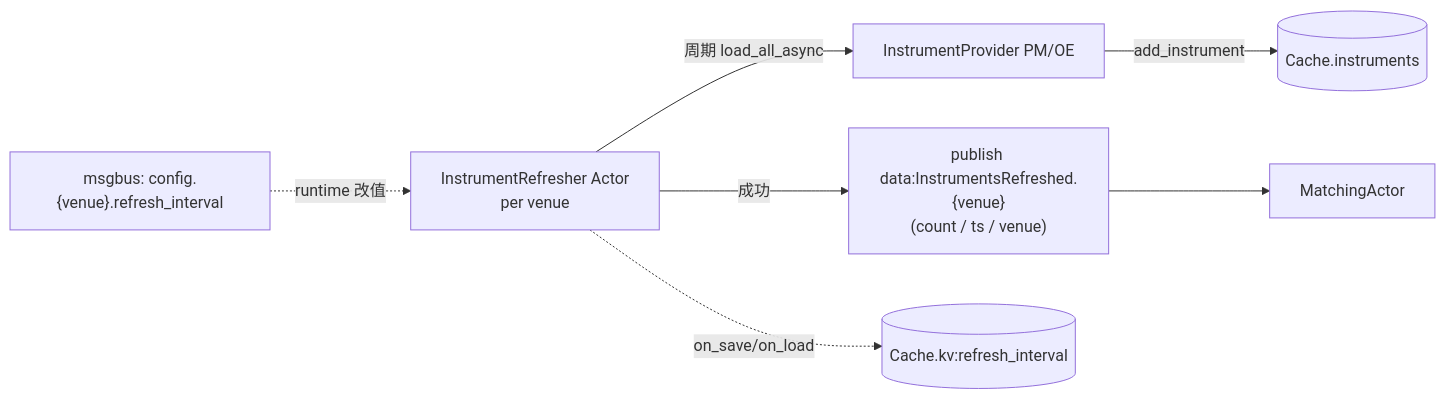
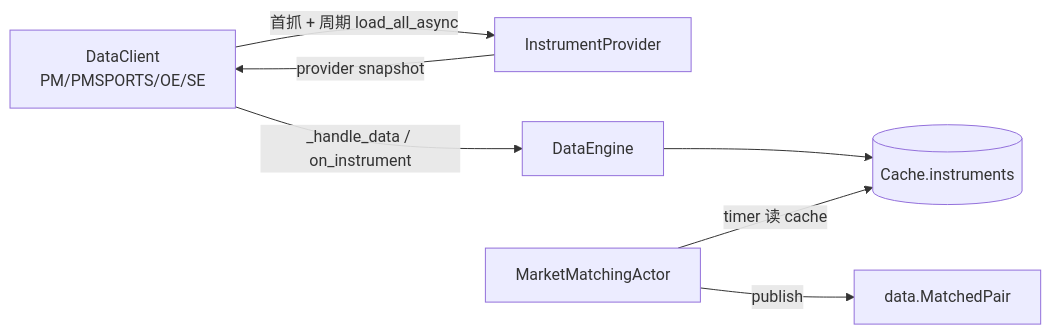
The first of 2 diagrams in docs/arbitrage/architectures/discovery/architecture.md (psnewer/nautilus_trader), drawn with Mermaid before and after one commit. The commit also changed other lines of this file and 58 other files, not shown here.

````diff
--- a/docs/arbitrage/architectures/discovery/architecture.md
+++ b/docs/arbitrage/architectures/discovery/architecture.md
@@ -32,9 +32,9 @@
 ```mermaid
 flowchart LR
-  R[InstrumentRefresher Actor<br/>per venue] -->|周期 load_all_async| P[InstrumentProvider PM/OE]
-  P -->|add_instrument| C[(Cache.instruments)]
-  R -->|成功| EV["publish data:InstrumentsRefreshed.{venue}<br/>(count / ts / venue)"]
-  EV --> M[MatchingActor]
-  CFG["msgbus: config.{venue}.refresh_interval"] -.runtime 改值.-> R
-  R -.on_save/on_load.-> CDB[(Cache.kv:refresh_interval)]
+  DC[DataClient<br/>PM/PMSPORTS/OE/SE] -->|首抓 + 周期 load_all_async| P[InstrumentProvider]
+  P -->|provider snapshot| DC
+  DC -->|_handle_data / on_instrument| DE[DataEngine]
+  DE --> C[(Cache.instruments)]
+  M[MarketMatchingActor] -->|timer 读 cache| C
+  M -->|publish| MP[data.MatchedPair]
 ```
````
